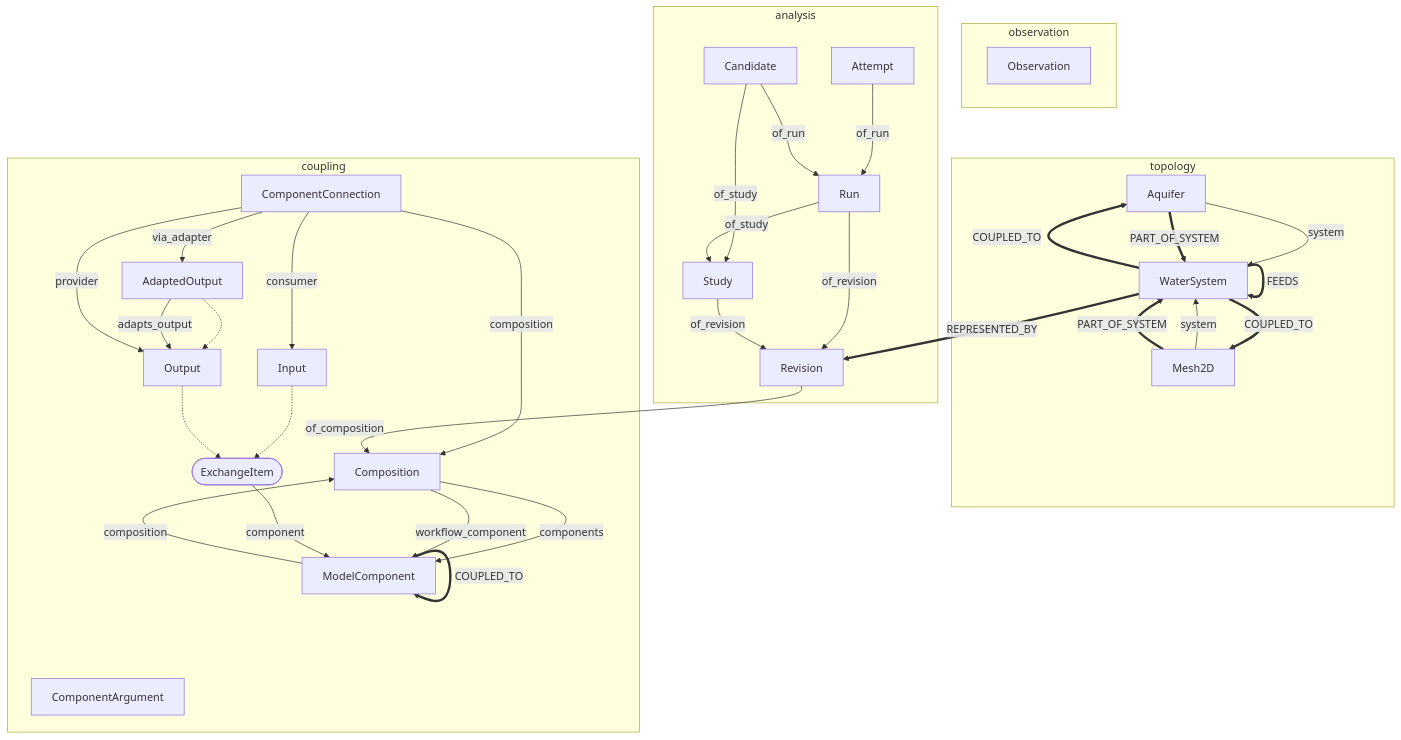
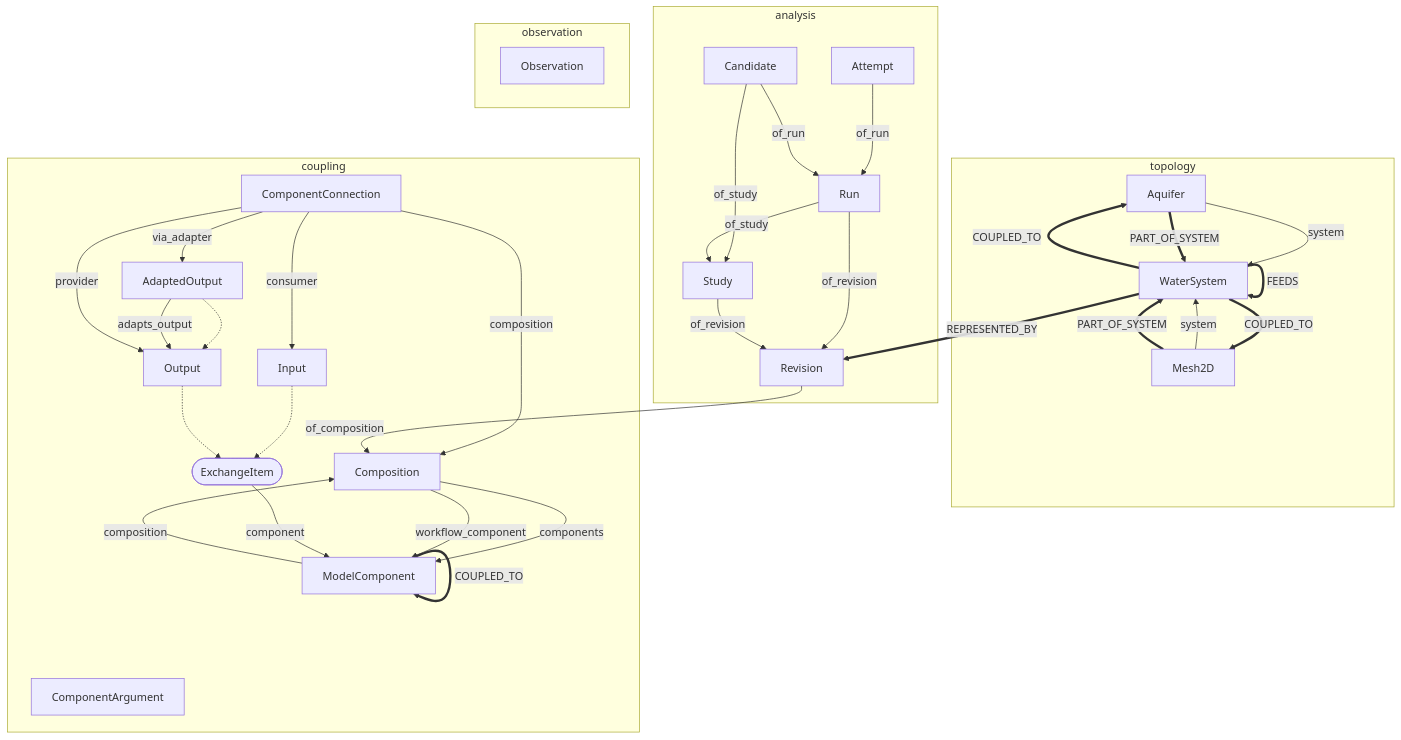
The third of 5 diagrams in docs/diagrams/knowledge-graph.md (HydroCouple/water-ontology), drawn with Mermaid before and after one commit. The commit also changed other lines of this file and 16 other files, not shown here.

````diff
--- a/docs/diagrams/knowledge-graph.md
+++ b/docs/diagrams/knowledge-graph.md
@@ -149,56 +149,56 @@
 ```mermaid
 flowchart TB
-  subgraph wsys_observation["observation"]
-    Observation["Observation"]
-  end
-  subgraph wsys_analysis["analysis"]
-    Attempt["Attempt"]
-    Candidate["Candidate"]
-    Revision["Revision"]
-    Run["Run"]
-    Study["Study"]
-  end
   subgraph wsys_topology["topology"]
     Aquifer["Aquifer"]
     Mesh2D["Mesh2D"]
     WaterSystem["WaterSystem"]
   end
   subgraph wsys_coupling["coupling"]
     AdaptedOutput["AdaptedOutput"]
     ComponentArgument["ComponentArgument"]
     ComponentConnection["ComponentConnection"]
     Composition["Composition"]
     ExchangeItem(["ExchangeItem"])
     Input["Input"]
     ModelComponent["ModelComponent"]
     Output["Output"]
+  end
+  subgraph wsys_analysis["analysis"]
+    Attempt["Attempt"]
+    Candidate["Candidate"]
+    Revision["Revision"]
+    Run["Run"]
+    Study["Study"]
+  end
+  subgraph wsys_observation["observation"]
+    Observation["Observation"]
   end
   AdaptedOutput -.-> Output
   Input -.-> ExchangeItem
   Output -.-> ExchangeItem
   AdaptedOutput -- adapts_output --> Output
   Aquifer -- system --> WaterSystem
   Attempt -- of_run --> Run
   Candidate -- of_study --> Study
   Candidate -- of_run --> Run
   ComponentConnection -- composition --> Composition
   ComponentConnection -- provider --> Output
   ComponentConnection -- consumer --> Input
   ComponentConnection -- via_adapter --> AdaptedOutput
   Composition -- components --> ModelComponent
   Composition -- workflow_component --> ModelComponent
   ExchangeItem -- component --> ModelComponent
   Mesh2D -- system --> WaterSystem
   ModelComponent -- composition --> Composition
   Revision -- of_composition --> Composition
   Run -- of_revision --> Revision
   Run -- of_study --> Study
   Study -- of_revision --> Revision
   WaterSystem == FEEDS ==> WaterSystem
   Aquifer == PART_OF_SYSTEM ==> WaterSystem
   Mesh2D == PART_OF_SYSTEM ==> WaterSystem
   WaterSystem == REPRESENTED_BY ==> Revision
   ModelComponent == COUPLED_TO ==> ModelComponent
   WaterSystem == COUPLED_TO ==> Mesh2D
   WaterSystem == COUPLED_TO ==> Aquifer
 ```
````
